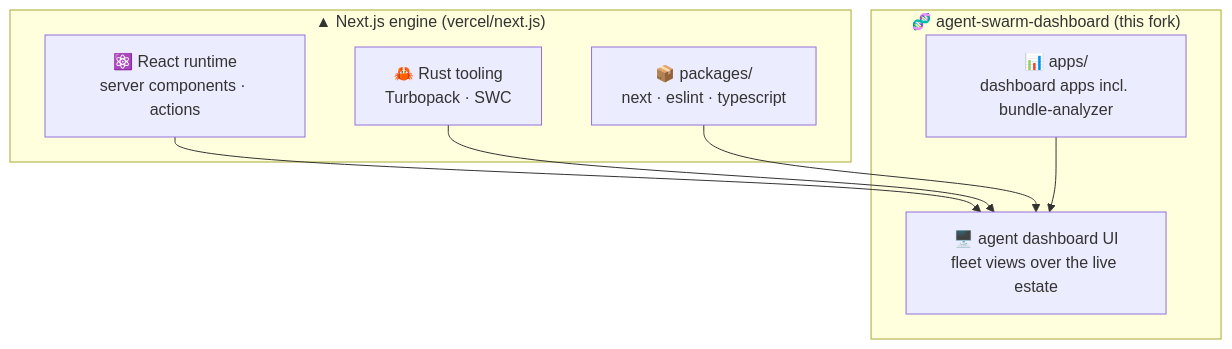
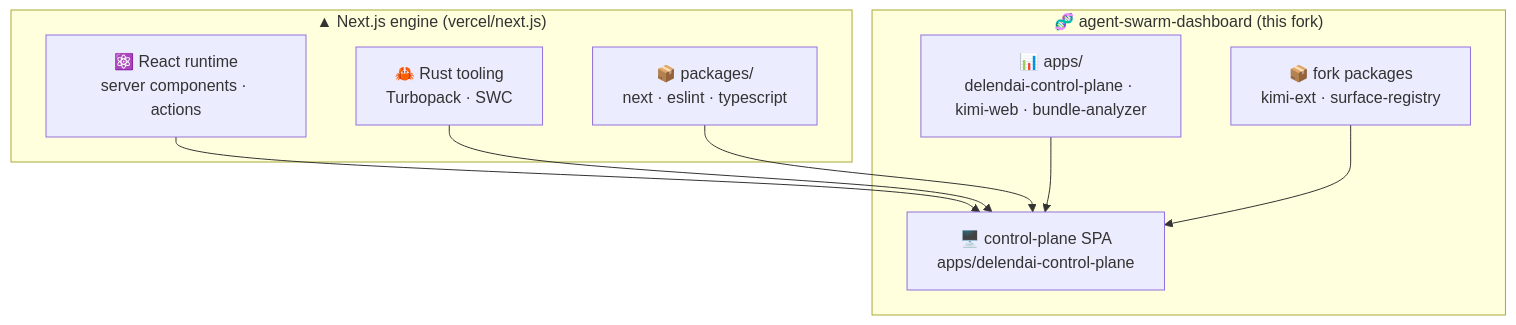
The diagram in packages/next/README.md (toxicwind/agent-dashboard), drawn with Mermaid before and after one commit. The commit also changed other lines of this file and 1 other file, not shown here.

Commit message:
docs(readme): anchor fork-layer claims to real apps, fix test/coverage numbers
The fork doc (packages/next/README.md, symlinked as root readme.md) claimed
a phantom agent-swarm-dashboard package under packages/ and said apps/ held
only dashboard apps. The fork layer is now real: apps/delendai-control-plane
(control-plane SPA), apps/kimi-web, packages/kimi-ext, packages/surface-registry.
Root README.md (Range doc): test counts 43 -> 51, line coverage 99.4% ->
90.8%, both live-measured via bun test --coverage.

````diff
--- a/packages/next/README.md
+++ b/packages/next/README.md
@@ -54,16 +54,18 @@
 ```mermaid
 flowchart TB
     subgraph Upstream["▲ Next.js engine (vercel/next.js)"]
         R["⚛️ React runtime<br/>server components · actions"]
         T["🦀 Rust tooling<br/>Turbopack · SWC"]
         P["📦 packages/<br/>next · eslint · typescript"]
     end
     subgraph Fork["🧬 agent-swarm-dashboard (this fork)"]
-        D["🖥️ agent dashboard UI<br/>fleet views over the live estate"]
-        A["📊 apps/<br/>dashboard apps incl. bundle-analyzer"]
+        D["🖥️ control-plane SPA<br/>apps/delendai-control-plane"]
+        A["📊 apps/<br/>delendai-control-plane · kimi-web · bundle-analyzer"]
+        F["📦 fork packages<br/>kimi-ext · surface-registry"]
     end
     R --> D
     T --> D
     P --> D
     A --> D
+    F --> D
 ```
````
